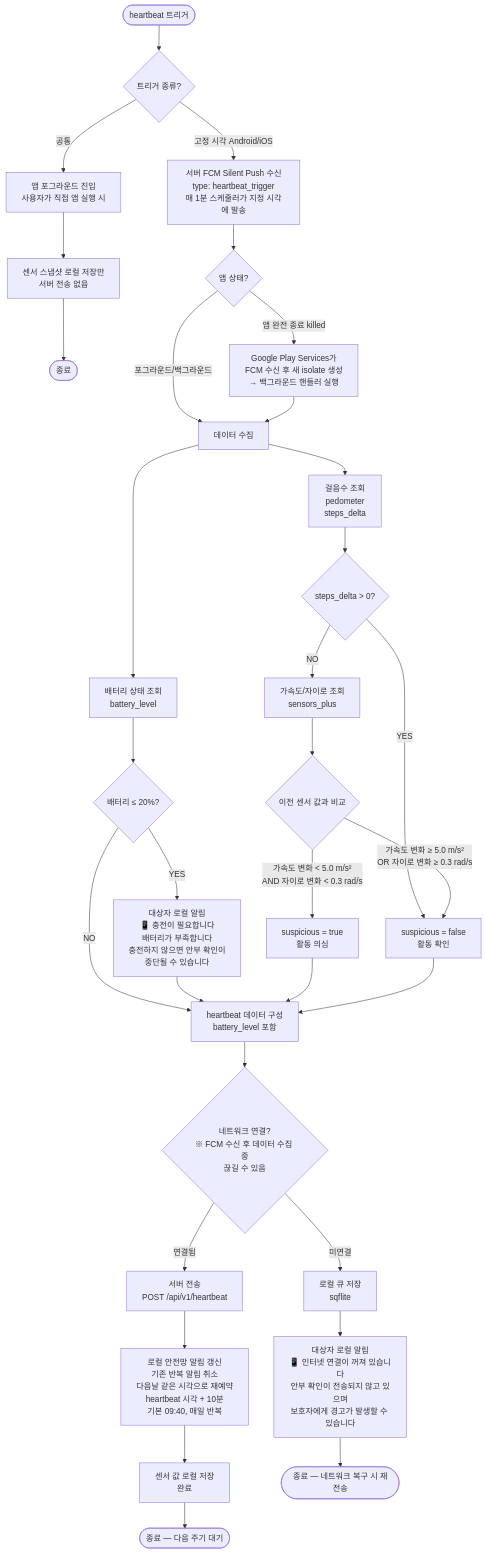
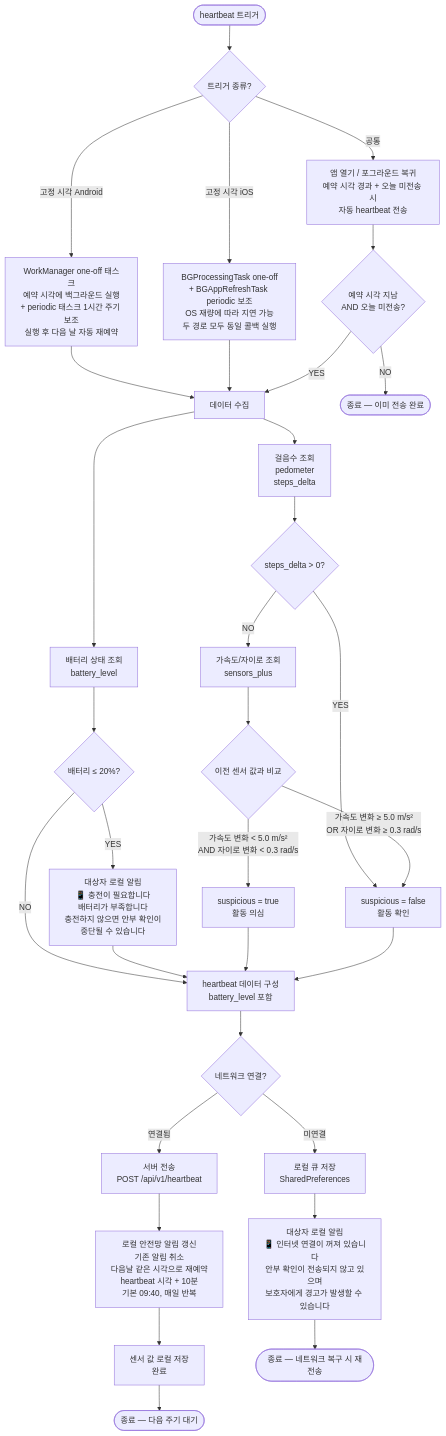
The first of 7 diagrams in .ref/heartbeat_flowchart.md (l10s18bok/kr.co.anbucheck), drawn with Mermaid before and after one commit. The commit also changed other lines of this file and 17 other files, not shown here.

First line of the commit message:
리팩토링: heartbeat 트리거를 서버 Silent Push에서 WorkManager/BGTask로 전환

````diff
--- a/.ref/heartbeat_flowchart.md
+++ b/.ref/heartbeat_flowchart.md
@@ -23,55 +23,54 @@
 ```mermaid
 flowchart TD
     Start([heartbeat 트리거])
     Start --> Trigger
 
     Trigger{트리거 종류?}
-    Trigger -->|고정 시각 Android/iOS| SP[서버 FCM Silent Push 수신<br/>type: heartbeat_trigger<br/>매 1분 스케줄러가 지정 시각에 발송]
-    Trigger -->|공통| FG[앱 포그라운드 진입<br/>사용자가 직접 앱 실행 시]
+    Trigger -->|고정 시각 Android| WM[WorkManager one-off 태스크<br/>예약 시각에 백그라운드 실행<br/>+ periodic 태스크 1시간 주기 보조<br/>실행 후 다음 날 자동 재예약]
+    Trigger -->|고정 시각 iOS| BG[BGProcessingTask one-off<br/>+ BGAppRefreshTask periodic 보조<br/>OS 재량에 따라 지연 가능<br/>두 경로 모두 동일 콜백 실행]
+    Trigger -->|공통| FG[앱 열기 / 포그라운드 복귀<br/>예약 시각 경과 + 오늘 미전송 시<br/>자동 heartbeat 전송]
 
-    FG --> FGCollect[센서 스냅샷 로컬 저장만<br/>서버 전송 없음]
-    FGCollect --> End0([종료])
-
-    SP --> SPState{앱 상태?}
-    SPState -->|포그라운드/백그라운드| Collect
-    SPState -->|앱 완전 종료 killed| SPKilled[Google Play Services가<br/>FCM 수신 후 새 isolate 생성<br/>→ 백그라운드 핸들러 실행]
-    SPKilled --> Collect
+    WM --> Collect
+    BG --> Collect
+    FG --> FGCheck{예약 시각 지남<br/>AND 오늘 미전송?}
+    FGCheck -->|YES| Collect
+    FGCheck -->|NO| End0([종료 — 이미 전송 완료])
 
     Collect[데이터 수집]
     Collect --> Steps[걸음수 조회<br/>pedometer<br/>steps_delta]
     Collect --> Battery[배터리 상태 조회<br/>battery_level]
 
     Steps --> StepsCheck{steps_delta > 0?}
     StepsCheck -->|YES| Normal[suspicious = false<br/>활동 확인]
     StepsCheck -->|NO| Sensor[가속도/자이로 조회<br/>sensors_plus]
 
     Sensor --> Compare{이전 센서 값과 비교}
     Compare -->|가속도 변화 < 5.0 m/s²<br/>AND 자이로 변화 < 0.3 rad/s| Suspicious[suspicious = true<br/>활동 의심]
     Compare -->|가속도 변화 ≥ 5.0 m/s²<br/>OR 자이로 변화 ≥ 0.3 rad/s| Normal
 
     Battery --> BattCheck{배터리 ≤ 20%?}
     BattCheck -->|YES| SubjectNoti[대상자 로컬 알림<br/>📱 충전이 필요합니다<br/>배터리가 부족합니다<br/>충전하지 않으면 안부 확인이<br/>중단될 수 있습니다]
     BattCheck -->|NO| Build
 
     SubjectNoti --> Build
 
     Suspicious --> Build
     Normal --> Build
 
     Build[heartbeat 데이터 구성<br/>battery_level 포함]
 
-    Build --> Network{네트워크 연결?<br/>※ FCM 수신 후 데이터 수집 중<br/>끊길 수 있음}
+    Build --> Network{네트워크 연결?}
 
     Network -->|연결됨| Send[서버 전송<br/>POST /api/v1/heartbeat]
-    Network -->|미연결| Queue[로컬 큐 저장<br/>sqflite]
+    Network -->|미연결| Queue[로컬 큐 저장<br/>SharedPreferences]
 
     Queue --> LocalNoti1[대상자 로컬 알림<br/>📱 인터넷 연결이 꺼져 있습니다<br/>안부 확인이 전송되지 않고 있으며<br/>보호자에게 경고가 발생할 수 있습니다]
 
-    Send --> AlarmReset[로컬 안전망 알림 갱신<br/>기존 반복 알림 취소<br/>다음날 같은 시각으로 재예약<br/>heartbeat 시각 + 10분<br/>기본 09:40, 매일 반복]
+    Send --> AlarmReset[로컬 안전망 알림 갱신<br/>기존 알림 취소<br/>다음날 같은 시각으로 재예약<br/>heartbeat 시각 + 10분<br/>기본 09:40, 매일 반복]
 
     AlarmReset --> SaveEnd[센서 값 로컬 저장<br/>완료]
 
     SaveEnd --> End1([종료 — 다음 주기 대기])
 
     LocalNoti1 --> End2([종료 — 네트워크 복구 시 재전송])
 ```
````
